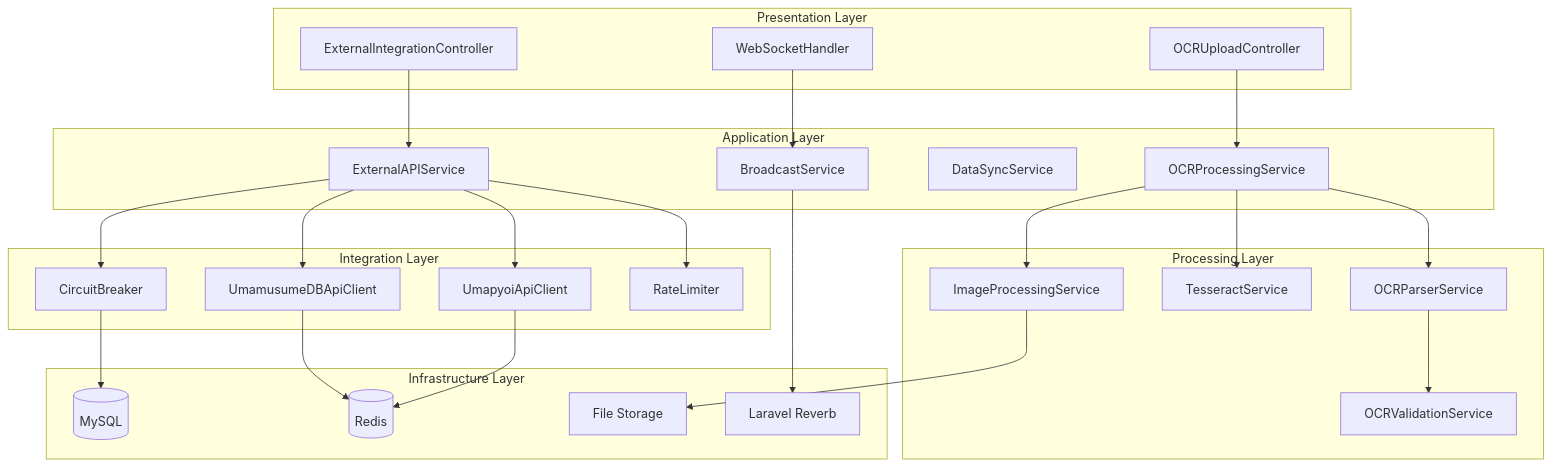
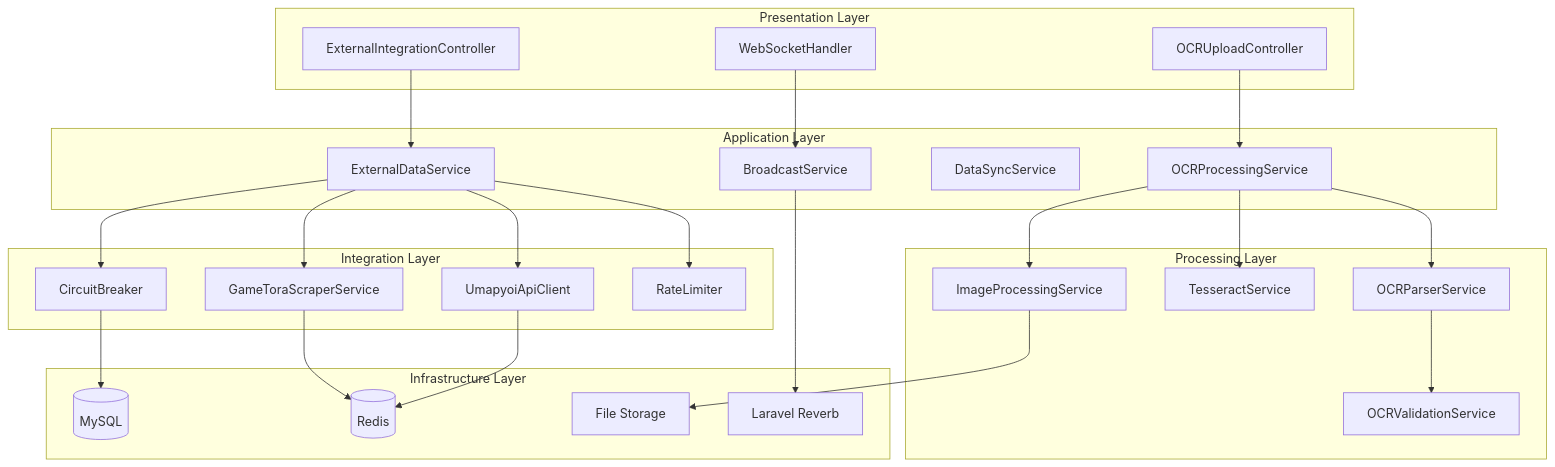
One commit to exatfrds67/umamusume-career-planner changed the first of 4 diagrams in docs/02-specs/SPEC-007_External_Integration_Technical.md. Above: the diagram before and after it, drawn with Mermaid. The commit also changed other lines of this file and 111 other files, not shown here.

````diff
--- a/docs/02-specs/SPEC-007_External_Integration_Technical.md
+++ b/docs/02-specs/SPEC-007_External_Integration_Technical.md
@@ -132,57 +132,57 @@
 ```mermaid
 graph TB
     subgraph "Presentation Layer"
         API[ExternalIntegrationController]
         OCRController[OCRUploadController]
         WebSocketHandler[WebSocketHandler]
     end
 
     subgraph "Application Layer"
-        ExternalSvc[ExternalAPIService]
+        ExternalSvc[ExternalDataService]
         OCRSvc[OCRProcessingService]
         SyncSvc[DataSyncService]
         BroadcastSvc[BroadcastService]
     end
 
     subgraph "Integration Layer"
         UmapyoiClient[UmapyoiApiClient]
-        UmaDBClient[UmamusumeDBApiClient]
+        UmaDBClient[GameToraScraperService]
         CircuitBreaker[CircuitBreaker]
         RateLimiter[RateLimiter]
     end
 
     subgraph "Processing Layer"
         ImageProcessor[ImageProcessingService]
         TesseractSvc[TesseractService]
         DataParser[OCRParserService]
         Validator[OCRValidationService]
     end
 
     subgraph "Infrastructure Layer"
         DB[(MySQL)]
         Cache[(Redis)]
         FileStorage[File Storage]
         Reverb[Laravel Reverb]
     end
 
     API --> ExternalSvc
     OCRController --> OCRSvc
     WebSocketHandler --> BroadcastSvc
     
     ExternalSvc --> UmapyoiClient
     ExternalSvc --> UmaDBClient
     ExternalSvc --> CircuitBreaker
     ExternalSvc --> RateLimiter
     
     OCRSvc --> ImageProcessor
     OCRSvc --> TesseractSvc
     OCRSvc --> DataParser
     DataParser --> Validator
     
     UmapyoiClient --> Cache
     UmaDBClient --> Cache
     CircuitBreaker --> DB
     
     BroadcastSvc --> Reverb
     ImageProcessor --> FileStorage
 ```
````
